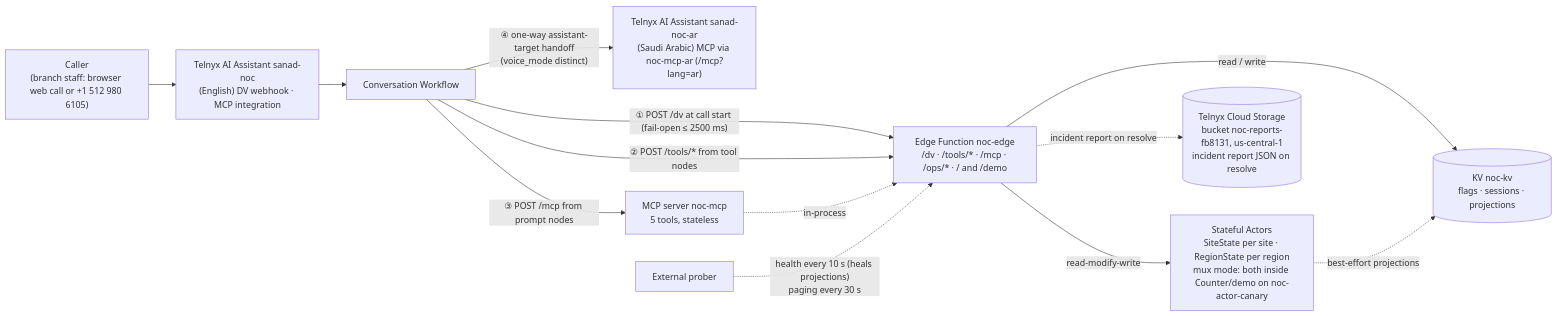
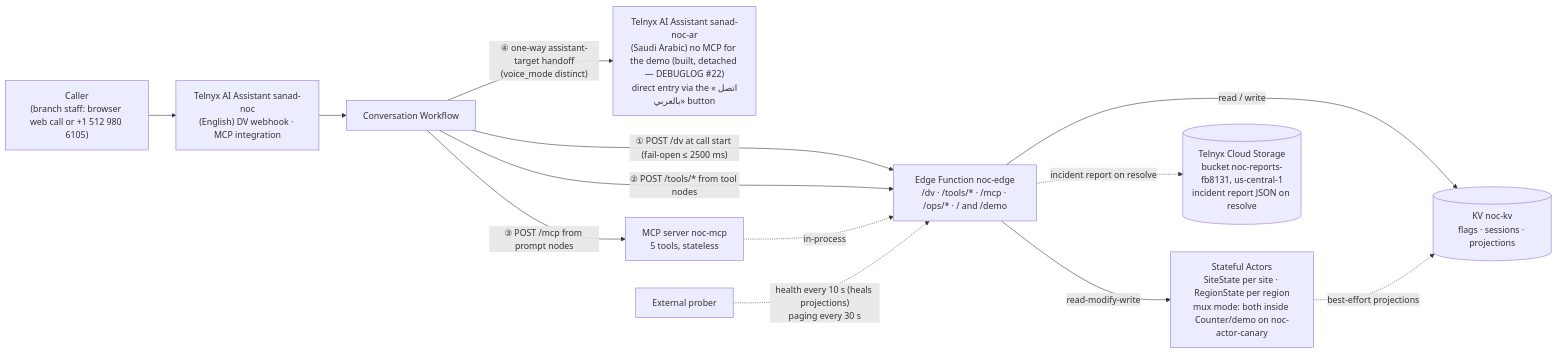
The diagram in README.md (ifahad/noc-front-door), drawn with Mermaid before and after one commit. The commit also changed other lines of this file and 6 other files, not shown here.

Commit message:
docs: 2026-10-01 — per-entity revert, Arabic voice path (MCP A/B, bridge, digits resolver, handoff variance), direct Arabic entry

````diff
--- a/README.md
+++ b/README.md
@@ -38,26 +38,26 @@
 ```mermaid
 flowchart LR
   caller["Caller<br/>(branch staff: browser web call or +1 512 980 6105)"]
   asst["Telnyx AI Assistant sanad-noc<br/>(English) DV webhook · MCP integration"]
   wf["Conversation Workflow"]
-  ar["Telnyx AI Assistant sanad-noc-ar<br/>(Saudi Arabic) MCP via noc-mcp-ar (/mcp?lang=ar)"]
+  ar["Telnyx AI Assistant sanad-noc-ar<br/>(Saudi Arabic) no MCP for the demo (built, detached — DEBUGLOG #22)<br/>direct entry via the «اتصل بالعربي» button"]
   edge["Edge Function noc-edge<br/>/dv · /tools/* · /mcp · /ops/* · / and /demo"]
   mcp["MCP server noc-mcp<br/>5 tools, stateless"]
   kv[("KV noc-kv<br/>flags · sessions · projections")]
   actors["Stateful Actors<br/>SiteState per site · RegionState per region<br/>mux mode: both inside Counter/demo on noc-actor-canary"]
   tcs[("Telnyx Cloud Storage<br/>bucket noc-reports-fb8131, us-central-1<br/>incident report JSON on resolve")]
   prober["External prober"]
 
   caller --> asst
   asst --> wf
   wf -->|"④ one-way assistant-target handoff<br/>(voice_mode distinct)"| ar
   wf -->|"① POST /dv at call start (fail-open ≤ 2500 ms)"| edge
   wf -->|"② POST /tools/* from tool nodes"| edge
   wf -->|"③ POST /mcp from prompt nodes"| mcp
   mcp -.->|"in-process"| edge
   edge -->|"read / write"| kv
   edge -->|"read-modify-write"| actors
   actors -.->|"best-effort projections"| kv
   edge -.->|"incident report on resolve"| tcs
   prober -.->|"health every 10 s (heals projections)<br/>paging every 30 s"| edge
 ```
````
